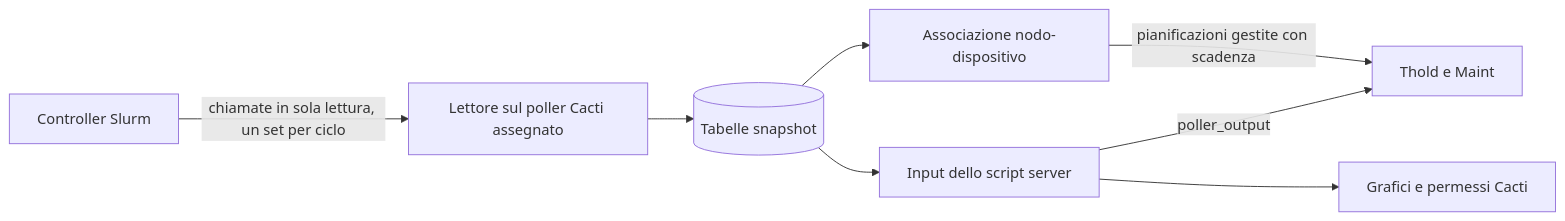
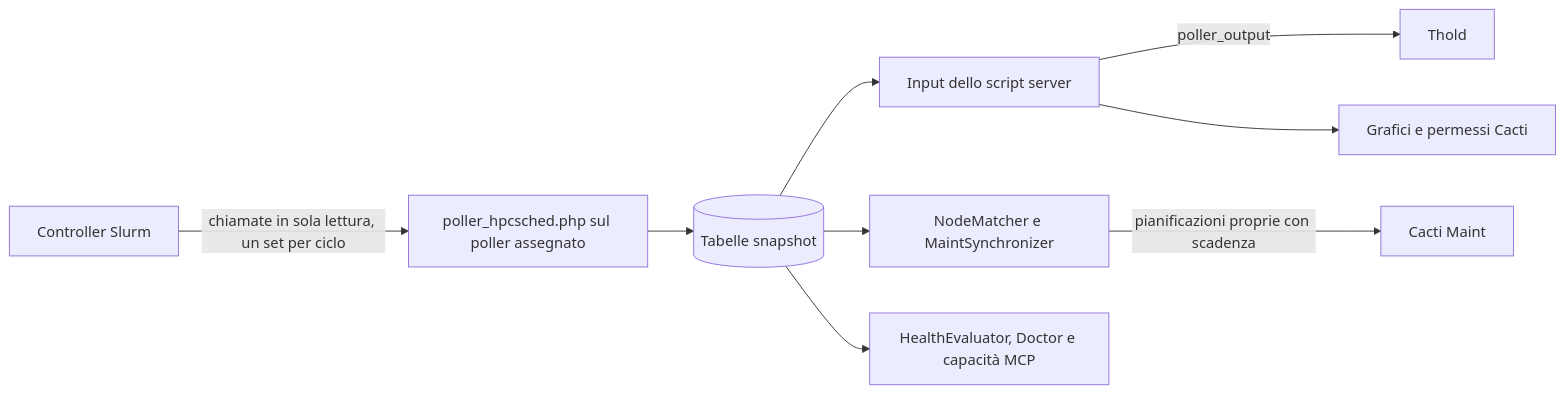
The diagram in docs/i18n/it-IT/README.md (somethingwithproof/plugin_hpcsched), drawn with Mermaid before and after one commit. The commit also changed other lines of this file and 48 other files, not shown here.

````diff
--- a/docs/i18n/it-IT/README.md
+++ b/docs/i18n/it-IT/README.md
@@ -109,10 +163,11 @@
 ```mermaid
 flowchart LR
-    S[Controller Slurm] -->|chiamate in sola lettura, un set per ciclo| R[Lettore sul poller Cacti assegnato]
+    S[Controller Slurm] -->|chiamate in sola lettura, un set per ciclo| R[poller_hpcsched.php sul poller assegnato]
     R --> SNAP[(Tabelle snapshot)]
     SNAP --> SS[Input dello script server]
-    SS -->|poller_output| T[Thold e Maint]
+    SS -->|poller_output| T[Thold]
     SS --> G[Grafici e permessi Cacti]
-    SNAP --> MAP[Associazione nodo-dispositivo]
-    MAP -->|pianificazioni gestite con scadenza| T
+    SNAP --> MAP[NodeMatcher e MaintSynchronizer]
+    MAP -->|pianificazioni proprie con scadenza| M[Cacti Maint]
+    SNAP --> H[HealthEvaluator, Doctor e capacità MCP]
 ```
````
